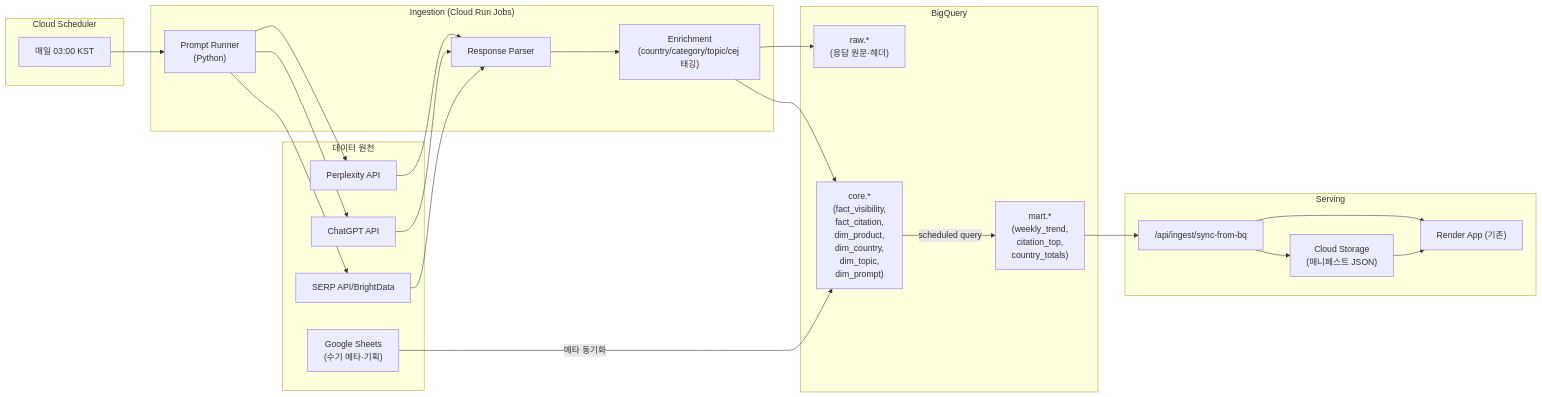
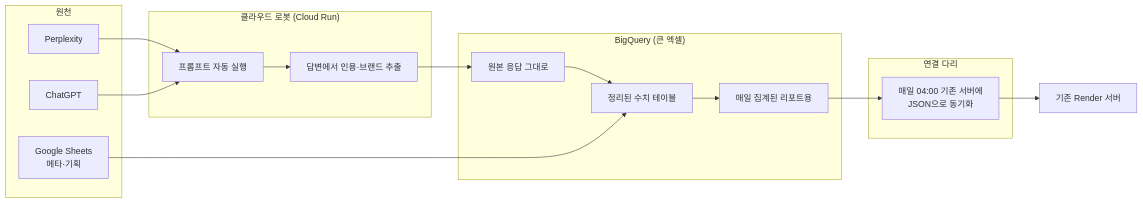
Before and after one commit to mts8787-droid/my-geo-newsletter: the sixth of 9 diagrams in docs/ADMIN_PLAN.md, drawn with Mermaid. The commit also changed other lines of this file, not shown here.

````diff
--- a/docs/ADMIN_PLAN.md
+++ b/docs/ADMIN_PLAN.md
@@ -190,40 +202,27 @@
 ```mermaid
 flowchart LR
-  subgraph Sources["데이터 원천"]
-    Perp["Perplexity API"]
-    GPT["ChatGPT API"]
-    SERP["SERP API/BrightData"]
-    Sheets["Google Sheets<br/>(수기 메타·기획)"]
+  subgraph Src["원천"]
+    Perp[Perplexity]
+    GPT[ChatGPT]
+    Sheet[Google Sheets<br/>메타·기획]
   end
 
-  subgraph Ingest["Ingestion (Cloud Run Jobs)"]
-    Prompt["Prompt Runner<br/>(Python)"]
-    Parser["Response Parser"]
-    Enrich["Enrichment<br/>(country/category/topic/cej 태깅)"]
+  subgraph Robot["클라우드 로봇 (Cloud Run)"]
+    Ask[프롬프트 자동 실행]
+    Parse[답변에서 인용·브랜드 추출]
   end
 
-  subgraph Warehouse["BigQuery"]
-    Raw["raw.*<br/>(응답 원문·헤더)"]
-    Core["core.*<br/>(fact_visibility,<br/>fact_citation,<br/>dim_product,<br/>dim_country,<br/>dim_topic,<br/>dim_prompt)"]
-    Mart["mart.*<br/>(weekly_trend,<br/>citation_top,<br/>country_totals)"]
+  subgraph Store["BigQuery (큰 엑셀)"]
+    Raw[원본 응답 그대로]
+    Fact[정리된 수치 테이블]
+    Mart[매일 집계된 리포트용]
   end
 
-  subgraph Schedule["Cloud Scheduler"]
-    Cron["매일 03:00 KST"]
+  subgraph Bridge["연결 다리"]
+    Sync[매일 04:00 기존 서버에<br/>JSON으로 동기화]
   end
 
-  subgraph Serve["Serving"]
-    Sync["/api/ingest/sync-from-bq"]
-    Cache["Cloud Storage<br/>(매니페스트 JSON)"]
-    App["Render App (기존)"]
-  end
-
-  Cron --> Prompt
-  Prompt --> Perp & GPT & SERP
-  Perp & GPT & SERP --> Parser --> Enrich --> Raw
-  Enrich --> Core
-  Core -- scheduled query --> Mart
-  Sheets -- 메타 동기화 --> Core
-  Mart --> Sync --> App
-  Sync --> Cache --> App
+  Perp & GPT --> Ask --> Parse --> Raw --> Fact --> Mart
+  Sheet --> Fact
+  Mart --> Sync --> RenderApp[기존 Render 서버]
 ```
````
